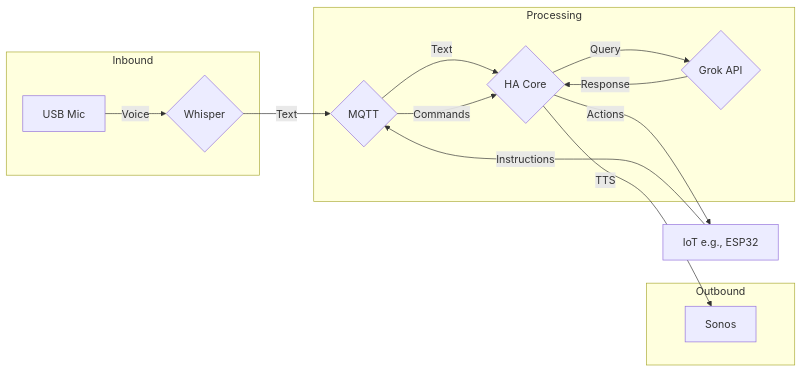
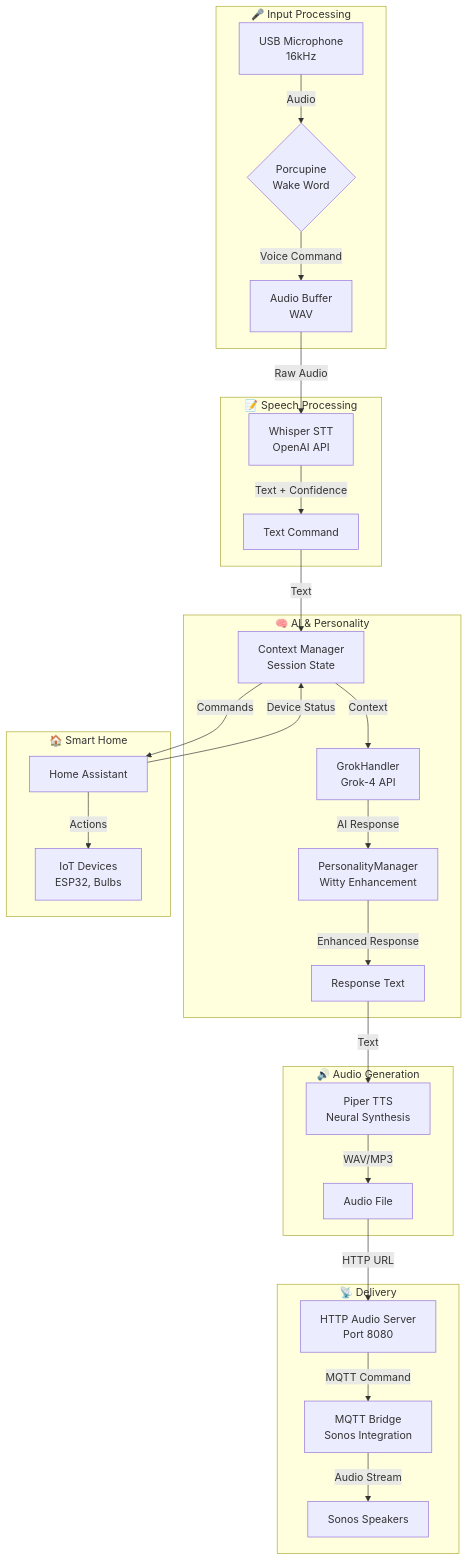
One commit to EideticPleroma/alicia-smart-home changed the diagram in docs/01-Introduction.md. Above: the diagram before and after it, drawn with Mermaid. The commit also changed other lines of this file and 7 other files, not shown here.

````diff
--- a/docs/01-Introduction.md
+++ b/docs/01-Introduction.md
@@ -13,18 +13,36 @@
 ```mermaid
-graph LR
-    subgraph Inbound
-        A[USB Mic] -->|Voice| B{Whisper}
+graph TB
+    subgraph "🎤 Input Processing"
+        A[USB Microphone<br/>16kHz] -->|Audio| B{Porcupine<br/>Wake Word}
+        B -->|Voice Command| C[Audio Buffer<br/>WAV]
     end
-    subgraph Processing
-        B -->|Text| C{MQTT}
-        C -->|Text| D{HA Core}
-        D -->|Query| E{Grok API}
-        E -->|Response| D
+
+    subgraph "📝 Speech Processing"
+        C -->|Raw Audio| D[Whisper STT<br/>OpenAI API]
+        D -->|Text + Confidence| E[Text Command]
     end
-    subgraph Outbound
-        D -->|TTS| F[Sonos]
+
+    subgraph "🧠 AI & Personality"
+        E -->|Text| F[Context Manager<br/>Session State]
+        F -->|Context| G[GrokHandler<br/>Grok-4 API]
+        G -->|AI Response| H[PersonalityManager<br/>Witty Enhancement]
+        H -->|Enhanced Response| I[Response Text]
     end
-    G[IoT e.g., ESP32] -->|Instructions| C
-    C -->|Commands| D
-    D -->|Actions| G
+
+    subgraph "🔊 Audio Generation"
+        I -->|Text| J[Piper TTS<br/>Neural Synthesis]
+        J -->|WAV/MP3| K[Audio File]
+    end
+
+    subgraph "📡 Delivery"
+        K -->|HTTP URL| L[HTTP Audio Server<br/>Port 8080]
+        L -->|MQTT Command| M[MQTT Bridge<br/>Sonos Integration]
+        M -->|Audio Stream| N[Sonos Speakers]
+    end
+
+    subgraph "🏠 Smart Home"
+        O[Home Assistant] -->|Device Status| F
+        F -->|Commands| O
+        O -->|Actions| P[IoT Devices<br/>ESP32, Bulbs]
+    end
 ```
````
